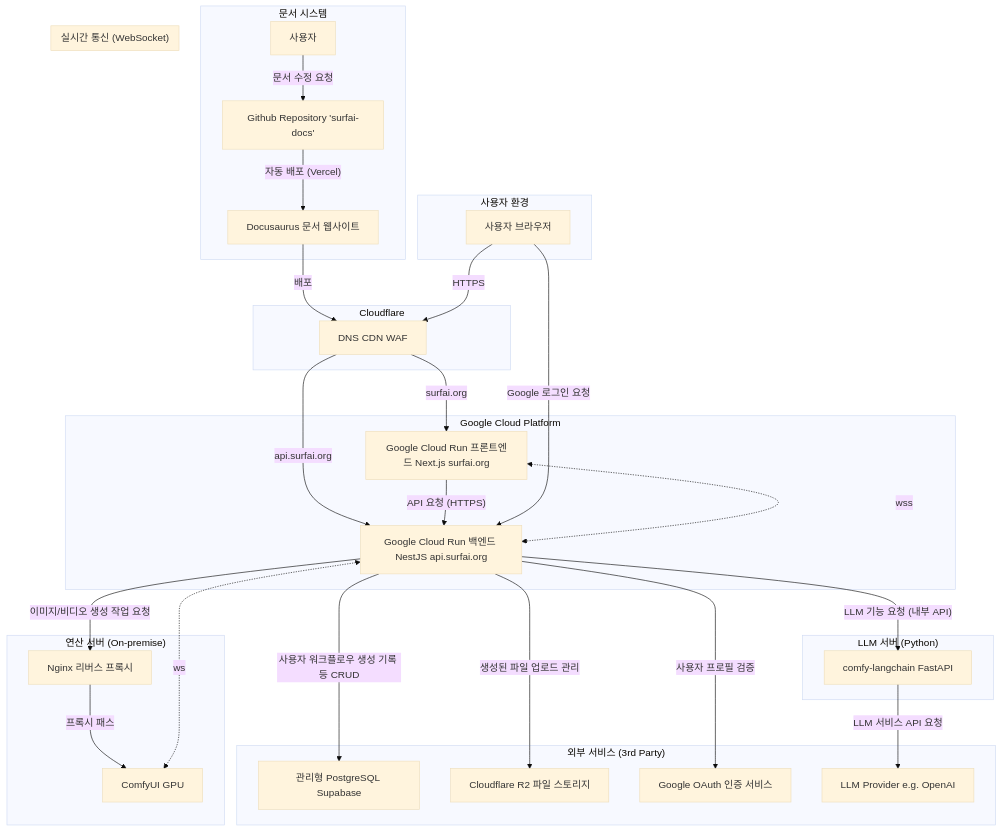
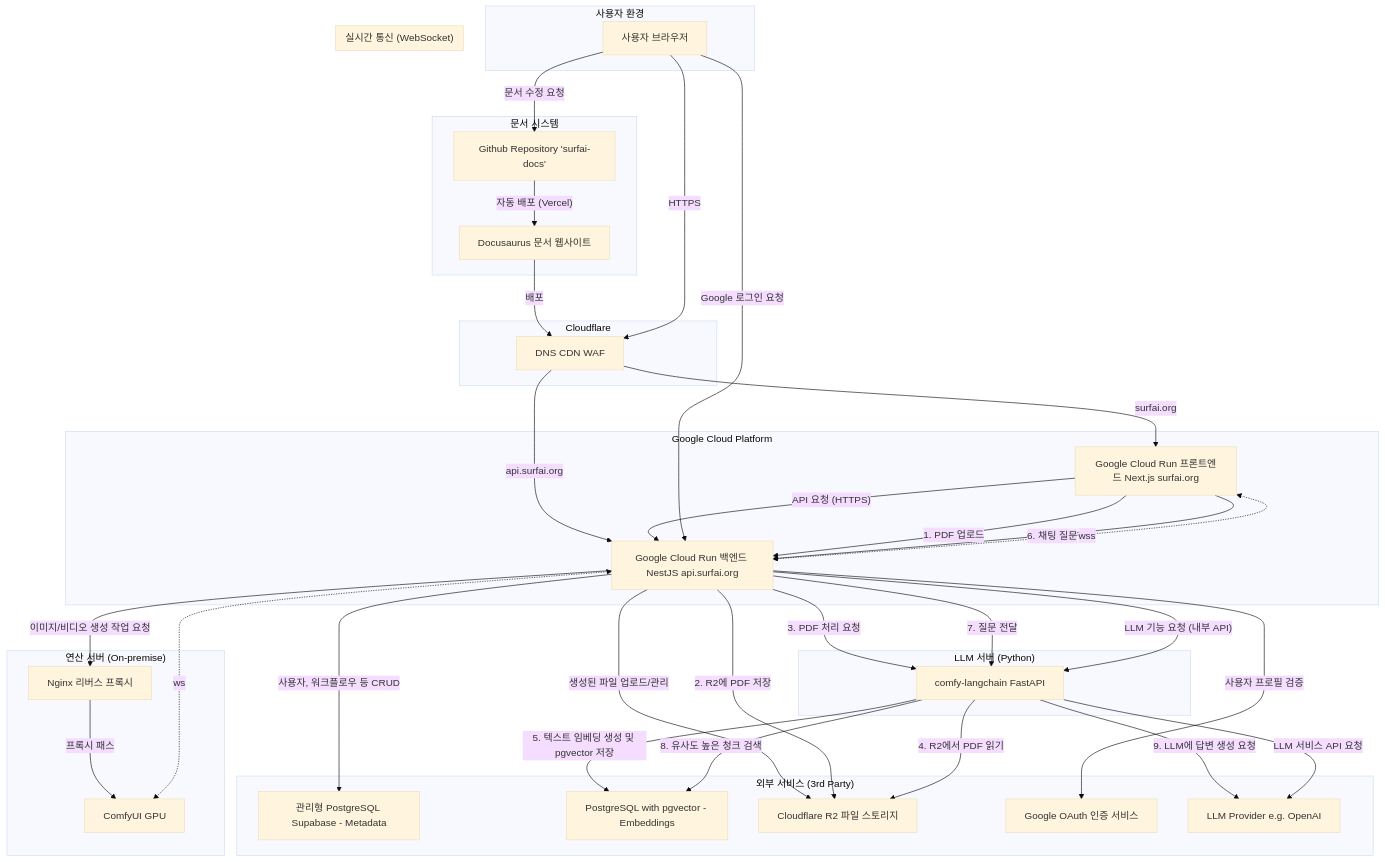
One commit to jaytsol/surfai-docs changed the diagram in website/docs/project-overview/architecture/ARCHITECTURE.md. Above: the diagram before and after it, drawn with Mermaid (base theme). The commit also changed other lines of this file and 4 other files, not shown here.

````diff
--- a/website/docs/project-overview/architecture/ARCHITECTURE.md
+++ b/website/docs/project-overview/architecture/ARCHITECTURE.md
@@ -21,65 +21,77 @@
 ```mermaid
 graph TD
     subgraph "사용자 환경"
         A[사용자 브라우저]
     end
 
     subgraph "Cloudflare"
         B[DNS CDN WAF]
     end
 
     subgraph "Google Cloud Platform"
         C[Google Cloud Run 프론트엔드 Next.js surfai.org]
         D[Google Cloud Run 백엔드 NestJS api.surfai.org]
     end
 
     subgraph "외부 서비스 (3rd Party)"
-        E[관리형 PostgreSQL Supabase]
+        E[관리형 PostgreSQL Supabase - Metadata]
+        E_pgvector[PostgreSQL with pgvector - Embeddings]
         F[Cloudflare R2 파일 스토리지]
         H[Google OAuth 인증 서비스]
         K[LLM Provider e.g. OpenAI]
     end
     
     subgraph "연산 서버 (On-premise)"
         G_Proxy[Nginx 리버스 프록시]
         G[ComfyUI GPU]
         G_Proxy -- 프록시 패스 --> G
     end
 
     subgraph "LLM 서버 (Python)"
         L[comfy-langchain FastAPI]
     end
 
     subgraph "문서 시스템"
         I[Docusaurus 문서 웹사이트]
         J[Github Repository 'surfai-docs']
         I -- 배포 --> B
-        사용자 -- 문서 수정 요청 --> J
+        A -- 문서 수정 요청 --> J
         J -- 자동 배포 (Vercel) --> I
     end
 
-    %% --- 데이터 흐름 정의 ---
-
-    A -- HTTPS --> B;
-    B -- surfai.org --> C;
-    B -- api.surfai.org --> D;
-    
-    C -- API 요청 (HTTPS) --> D;
+    %% --- 기본 데이터 흐름 정의 ---
+    A -- HTTPS --> B
+    B -- surfai.org --> C
+    B -- api.surfai.org --> D
+    C -- API 요청 (HTTPS) --> D
     
     %% 인증 흐름
-    A -- Google 로그인 요청 --> D;
-    D -- 사용자 프로필 검증 --> H;
+    A -- Google 로그인 요청 --> D
+    D -- 사용자 프로필 검증 --> H
 
-    %% 백엔드 로직
-    D -- "사용자 워크플로우 생성 기록 등 CRUD" --> E;
-    D -- "생성된 파일 업로드 관리" --> F;
-    D -- "이미지/비디오 생성 작업 요청" --> G_Proxy;
-    D -- "LLM 기능 요청 (내부 API)" --> L;
-    L -- "LLM 서비스 API 요청" --> K;
+    %% 이미지/비디오 생성 백엔드 로직
+    D -- "사용자, 워크플로우 등 CRUD" --> E
+    D -- "생성된 파일 업로드/관리" --> F
+    D -- "이미지/비디오 생성 작업 요청" --> G_Proxy
+    
+    %% RAG 기반 PDF 채팅 백엔드 로직
+    C -- "1. PDF 업로드" --> D
+    D -- "2. R2에 PDF 저장" --> F
+    D -- "3. PDF 처리 요청" --> L
+    L -- "4. R2에서 PDF 읽기" --> F
+    L -- "5. 텍스트 임베딩 생성 및 pgvector 저장" --> E_pgvector
+    C -- "6. 채팅 질문" --> D
+    D -- "7. 질문 전달" --> L
+    L -- "8. 유사도 높은 청크 검색" --> E_pgvector
+    L -- "9. LLM에 답변 생성 요청" --> K
+
+    %% 일반 LLM 기능 (기존 채팅)
+    D -- "LLM 기능 요청 (내부 API)" --> L
+    L -- "LLM 서비스 API 요청" --> K
     
     %% 실시간 통신 (WebSocket)
     subgraph "실시간 통신 (WebSocket)"
         C <-. wss .-> D
         D <-. ws .-> G
     end
 ```
````
